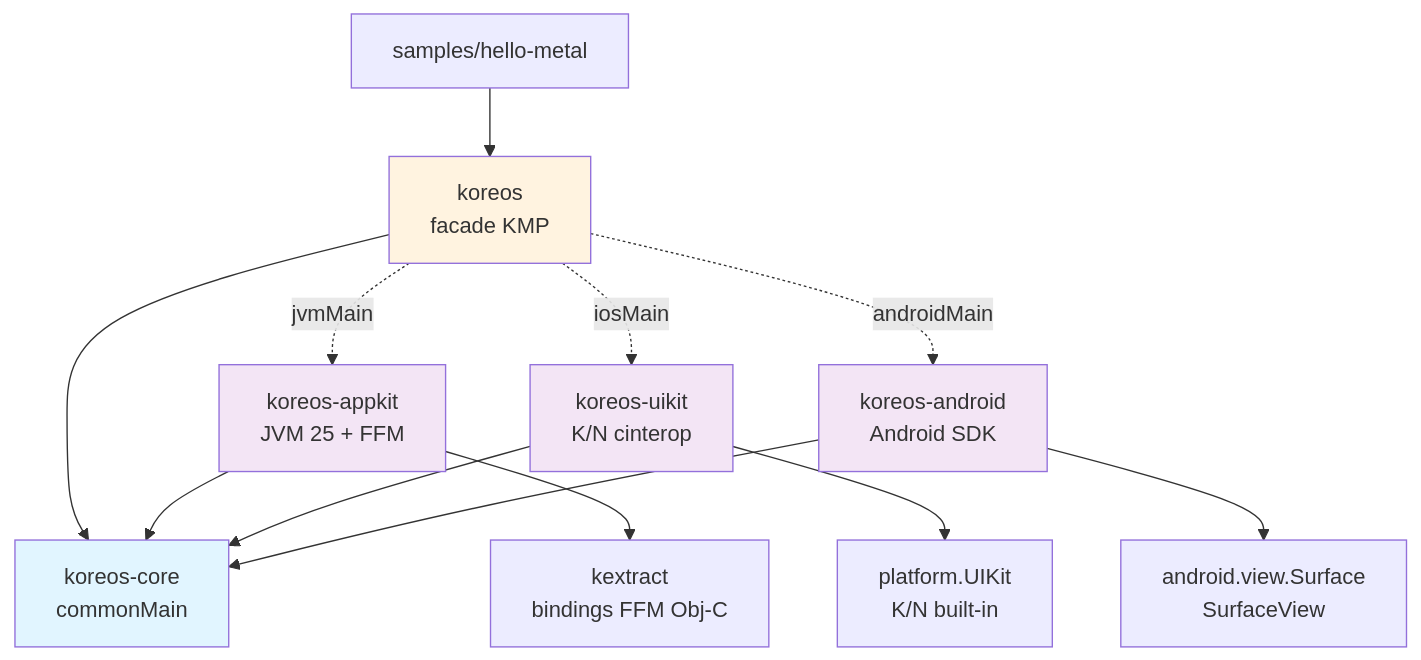
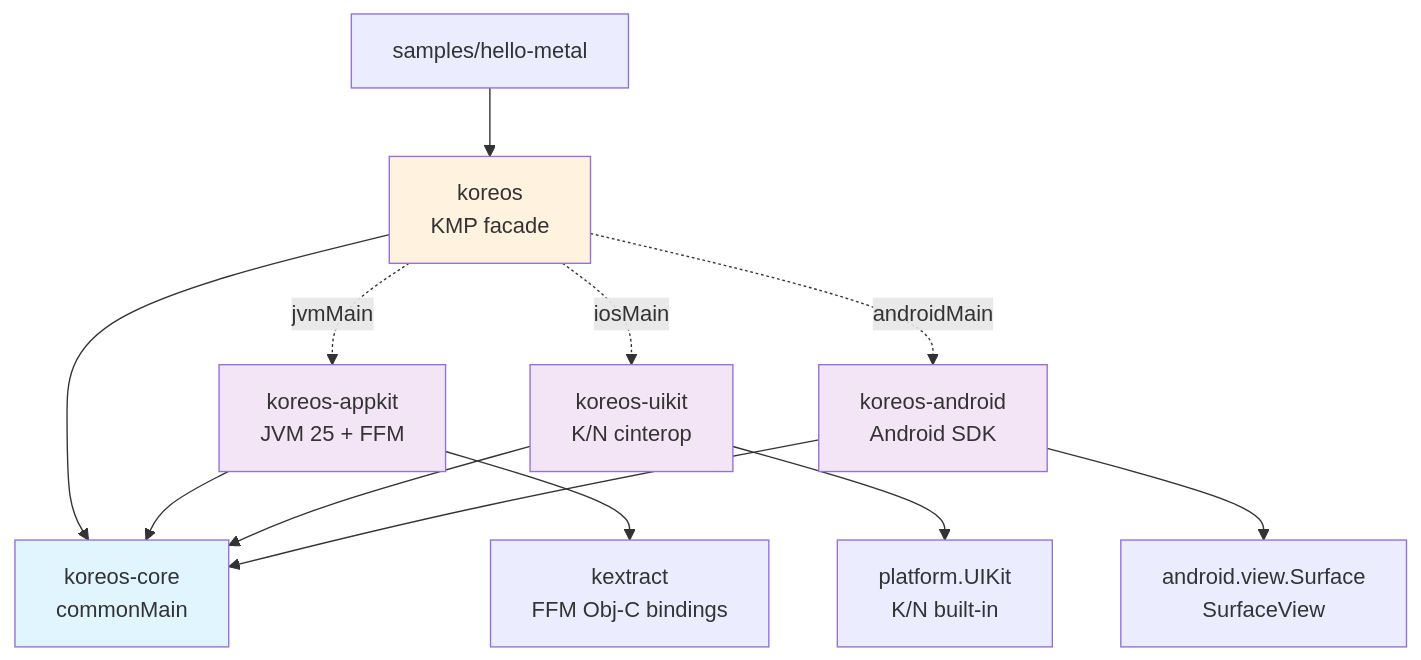
One commit to ygdrasil-io/poc-koreos changed the first of 4 diagrams in docs/koreos/specs.md. Above: the diagram before and after it, drawn with Mermaid. The commit also changed other lines of this file and 47 other files, not shown here.

````diff
--- a/docs/koreos/specs.md
+++ b/docs/koreos/specs.md
@@ -27,33 +27,33 @@
 ```mermaid
 graph TD
     Sample[samples/hello-metal]
-    Facade[koreos<br/>facade KMP]
+    Facade[koreos<br/>KMP facade]
     Core[koreos-core<br/>commonMain]
     AppKit[koreos-appkit<br/>JVM 25 + FFM]
     UIKit[koreos-uikit<br/>K/N cinterop]
     Android[koreos-android<br/>Android SDK]
 
-    Kextract[kextract<br/>bindings FFM Obj-C]
+    Kextract[kextract<br/>FFM Obj-C bindings]
     Cinterop[platform.UIKit<br/>K/N built-in]
     AndroidSDK[android.view.Surface<br/>SurfaceView]
 
     Sample --> Facade
     Facade --> Core
     Facade -.jvmMain.-> AppKit
     Facade -.iosMain.-> UIKit
     Facade -.androidMain.-> Android
 
     AppKit --> Core
     UIKit --> Core
     Android --> Core
 
     AppKit --> Kextract
     UIKit --> Cinterop
     Android --> AndroidSDK
 
     style Core fill:#e1f5ff
     style Facade fill:#fff3e0
     style AppKit fill:#f3e5f5
     style UIKit fill:#f3e5f5
     style Android fill:#f3e5f5
 ```
````
